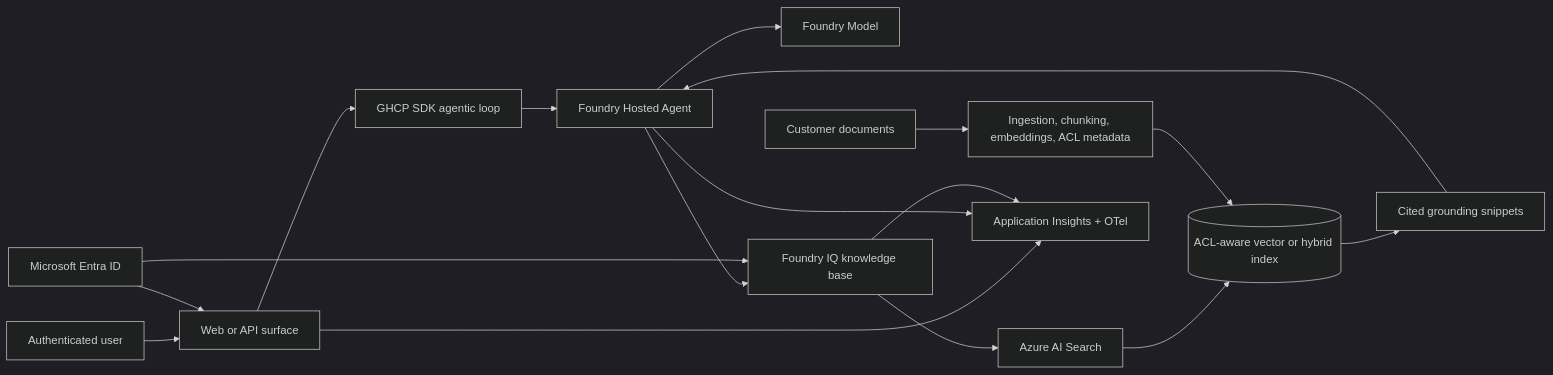
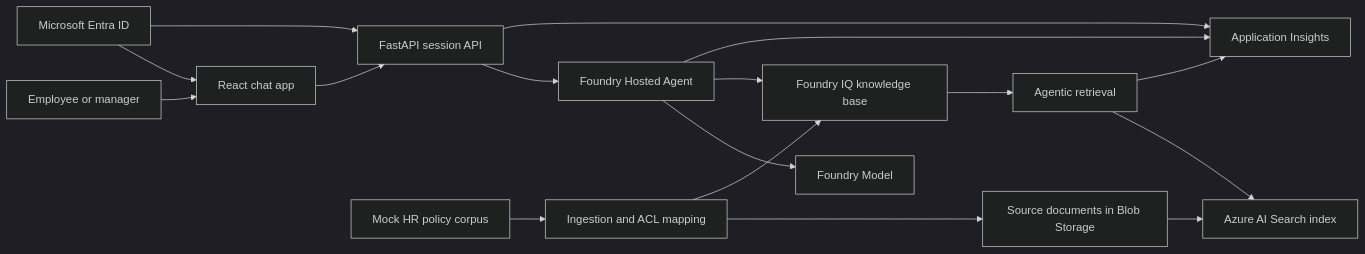
The diagram in playbooks/enterprise-knowledge-grounding/README.md (aiappsgbb/agentic-loop), drawn with Mermaid (dark theme) before and after one commit. The commit also changed other lines of this file and 1 other file, not shown here.

First line of the commit message:
docs: refine enterprise grounding playbook

````diff
--- a/playbooks/enterprise-knowledge-grounding/README.md
+++ b/playbooks/enterprise-knowledge-grounding/README.md
@@ -27,19 +21,19 @@
 ```mermaid
 flowchart LR
-  User[Authenticated user] --> App[Web or API surface]
-  App --> SDK[GHCP SDK agentic loop]
-  SDK --> Agent[Foundry Hosted Agent]
+  User[Employee or manager] --> App[React chat app]
+  App --> API[FastAPI session API]
+  API --> Agent[Foundry Hosted Agent]
   Agent --> Model[Foundry Model]
   Agent --> IQ[Foundry IQ knowledge base]
-  IQ --> Search[Azure AI Search]
-  Search --> Index[(ACL-aware vector or hybrid index)]
-  Docs[Customer documents] --> Ingest[Ingestion, chunking, embeddings, ACL metadata]
-  Ingest --> Index
+  IQ --> Retrieval[Agentic retrieval]
+  Retrieval --> Search[Azure AI Search index]
+  Mock[Mock HR policy corpus] --> Ingest[Ingestion and ACL mapping]
+  Ingest --> Blob[Source documents in Blob Storage]
+  Ingest --> IQ
+  Blob --> Search
   Entra[Microsoft Entra ID] --> App
-  Entra --> IQ
-  Index --> Evidence[Cited grounding snippets]
-  Evidence --> Agent
-  App --> Insights[Application Insights + OTel]
+  Entra --> API
+  API --> Insights[Application Insights]
   Agent --> Insights
-  IQ --> Insights
+  Retrieval --> Insights
 ```
````
